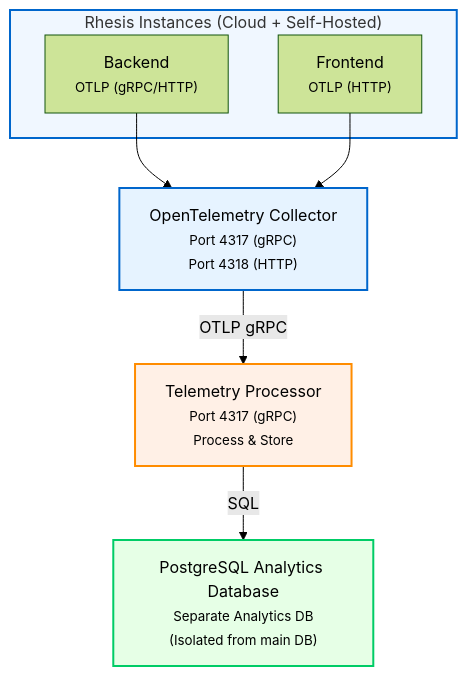
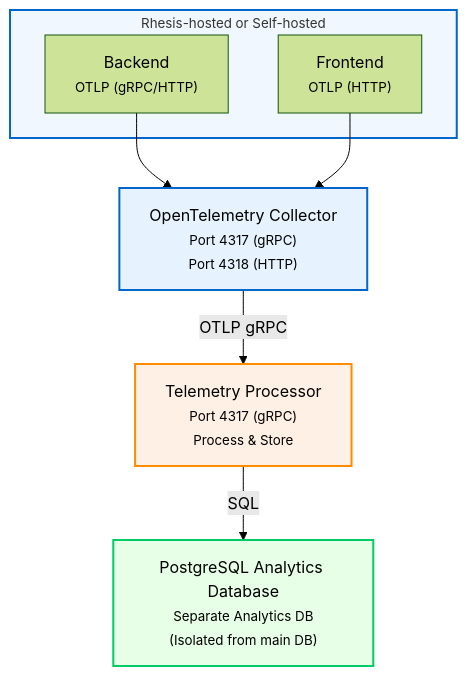
One commit to rhesis-ai/rhesis changed the diagram in docs/content/development/telemetry/index.mdx. Above: the diagram before and after it, drawn with Mermaid (forest theme). The commit also changed 2 other files, not shown here.

Commit message:
update the dockumentation, add mermaid for the component discovery and added telemetry notice to the zero config startup

````diff
--- a/docs/content/development/telemetry/index.mdx
+++ b/docs/content/development/telemetry/index.mdx
@@ -28,23 +28,23 @@
 ```mermaid
 graph TD
-    subgraph instances["Rhesis Instances (Cloud + Self-Hosted)"]
+    subgraph instances["<small>Rhesis-hosted or Self-hosted</small>"]
         Backend["Backend<br/><small>OTLP (gRPC/HTTP)</small>"]
         Frontend["Frontend<br/><small>OTLP (HTTP)</small>"]
     end
     
     Collector["OpenTelemetry Collector<br/><small>Port 4317 (gRPC)<br/>Port 4318 (HTTP)</small>"]
     
     Processor["Telemetry Processor<br/><small>Port 4317 (gRPC)<br/>Process & Store</small>"]
     
     DB["PostgreSQL Analytics Database<br/><small>Separate Analytics DB<br/>(Isolated from main DB)</small>"]
     
     Backend --> Collector
     Frontend --> Collector
     Collector -->|OTLP gRPC| Processor
     Processor -->|SQL| DB
     
     style instances fill:#f0f7ff,stroke:#0066cc,stroke-width:2px
     style Collector fill:#e6f3ff,stroke:#0066cc,stroke-width:2px
     style Processor fill:#fff0e6,stroke:#ff8c00,stroke-width:2px
     style DB fill:#e6ffe6,stroke:#00cc66,stroke-width:2px
 ```
````
